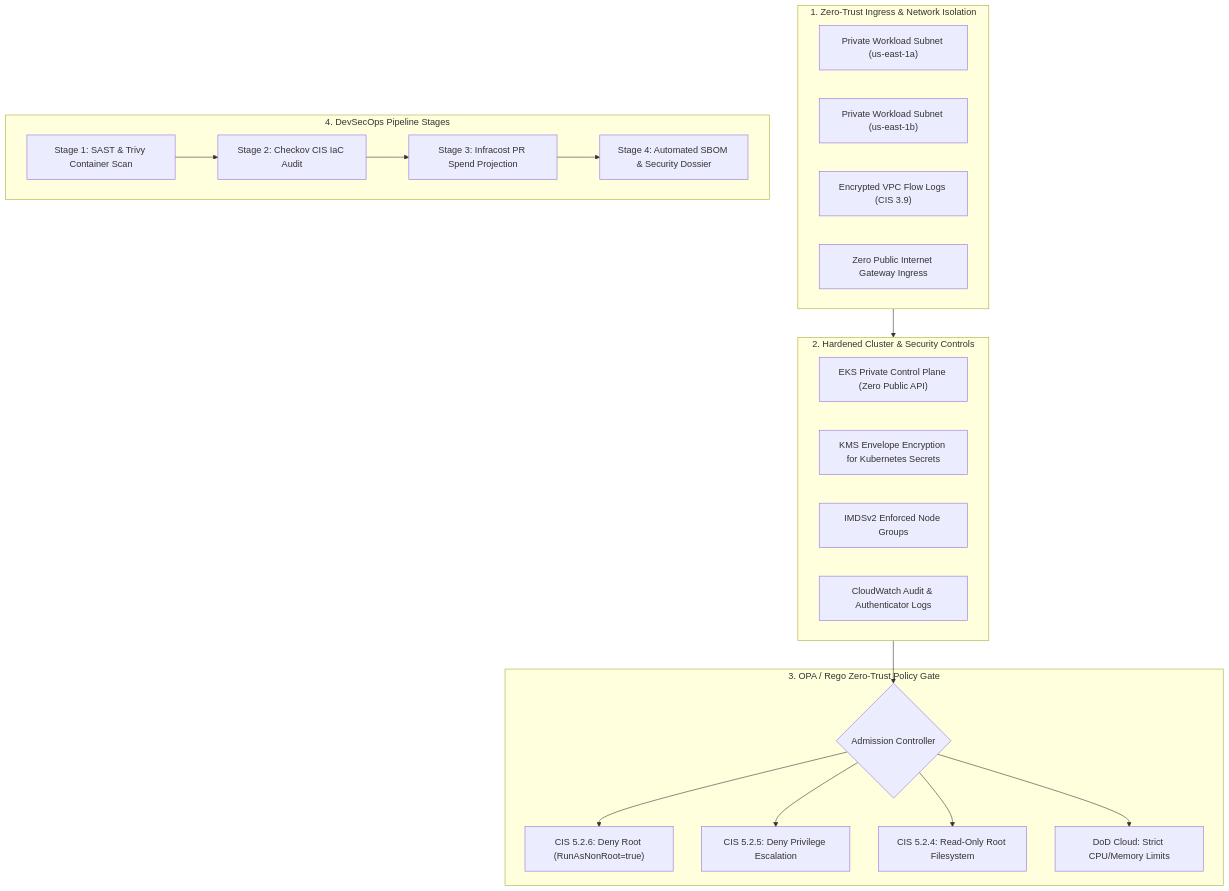
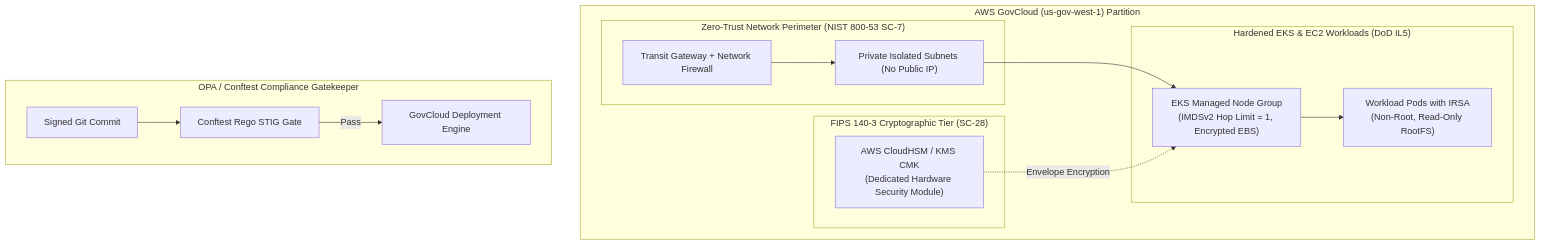
One commit to FreeFades2Black/defense-gitops-landing-zone changed the diagram in README.md. Above: the diagram before and after it, drawn with Mermaid. The commit also changed other lines of this file and 7 other files, not shown here.

Commit message:
feat(ops): add GovCloud ADRs, IMDSv2 triage runbook, post-mortem, and STIG alerts

````diff
--- a/README.md
+++ b/README.md
@@ -24,41 +12,23 @@
 ```mermaid
 flowchart TD
-    subgraph S1["1. Zero-Trust Ingress & Network Isolation"]
-        A1["Private Workload Subnet (us-east-1a)"]
-        A2["Private Workload Subnet (us-east-1b)"]
-        A3["Encrypted VPC Flow Logs (CIS 3.9)"]
-        A4["Zero Public Internet Gateway Ingress"]
+    subgraph GovCloudBoundary ["AWS GovCloud (us-gov-west-1) Partition"]
+        subgraph Perimeter ["Zero-Trust Network Perimeter (NIST 800-53 SC-7)"]
+            TGW["Transit Gateway + Network Firewall"] --> PrivateSubnets["Private Isolated Subnets (No Public IP)"]
+        end
+
+        subgraph ComputeTier ["Hardened EKS & EC2 Workloads (DoD IL5)"]
+            PrivateSubnets --> NodeGroup["EKS Managed Node Group<br/>(IMDSv2 Hop Limit = 1, Encrypted EBS)"]
+            NodeGroup --> Pods["Workload Pods with IRSA<br/>(Non-Root, Read-Only RootFS)"]
+        end
+
+        subgraph Cryptography ["FIPS 140-3 Cryptographic Tier (SC-28)"]
+            KMS["AWS CloudHSM / KMS CMK<br/>(Dedicated Hardware Security Module)"]
+            KMS -.->|Envelope Encryption| NodeGroup
+        end
     end
 
-    subgraph S2["2. Hardened Cluster & Security Controls"]
-        B1["EKS Private Control Plane (Zero Public API)"]
-        B2["KMS Envelope Encryption for Kubernetes Secrets"]
-        B3["IMDSv2 Enforced Node Groups"]
-        B4["CloudWatch Audit & Authenticator Logs"]
+    subgraph PolicyEngine ["OPA / Conftest Compliance Gatekeeper"]
+        GitCommit["Signed Git Commit"] --> Conftest["Conftest Rego STIG Gate"]
+        Conftest -->|Pass| Deployment["GovCloud Deployment Engine"]
     end
-
-    subgraph S3["3. OPA / Rego Zero-Trust Policy Gate"]
-        C1{"Admission Controller"}
-        C2["CIS 5.2.6: Deny Root (RunAsNonRoot=true)"]
-        C3["CIS 5.2.5: Deny Privilege Escalation"]
-        C4["CIS 5.2.4: Read-Only Root Filesystem"]
-        C5["DoD Cloud: Strict CPU/Memory Limits"]
-    end
-
-    subgraph S4["4. DevSecOps Pipeline Stages"]
-        D1["Stage 1: SAST & Trivy Container Scan"]
-        D2["Stage 2: Checkov CIS IaC Audit"]
-        D3["Stage 3: Infracost PR Spend Projection"]
-        D4["Stage 4: Automated SBOM & Security Dossier"]
-    end
-
-    S1 --> S2
-    S2 --> C1
-    C1 --> C2
-    C1 --> C3
-    C1 --> C4
-    C1 --> C5
-    D1 --> D2
-    D2 --> D3
-    D3 --> D4
 ```
````
